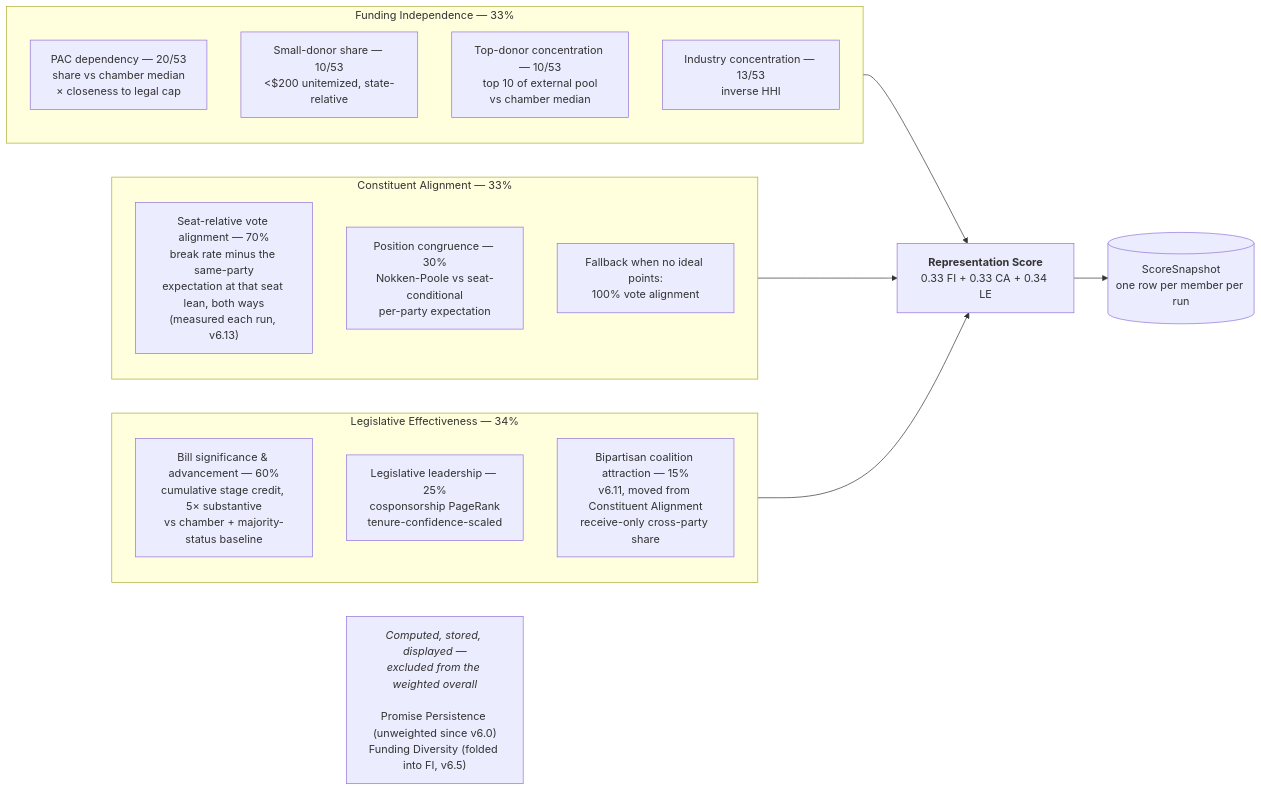
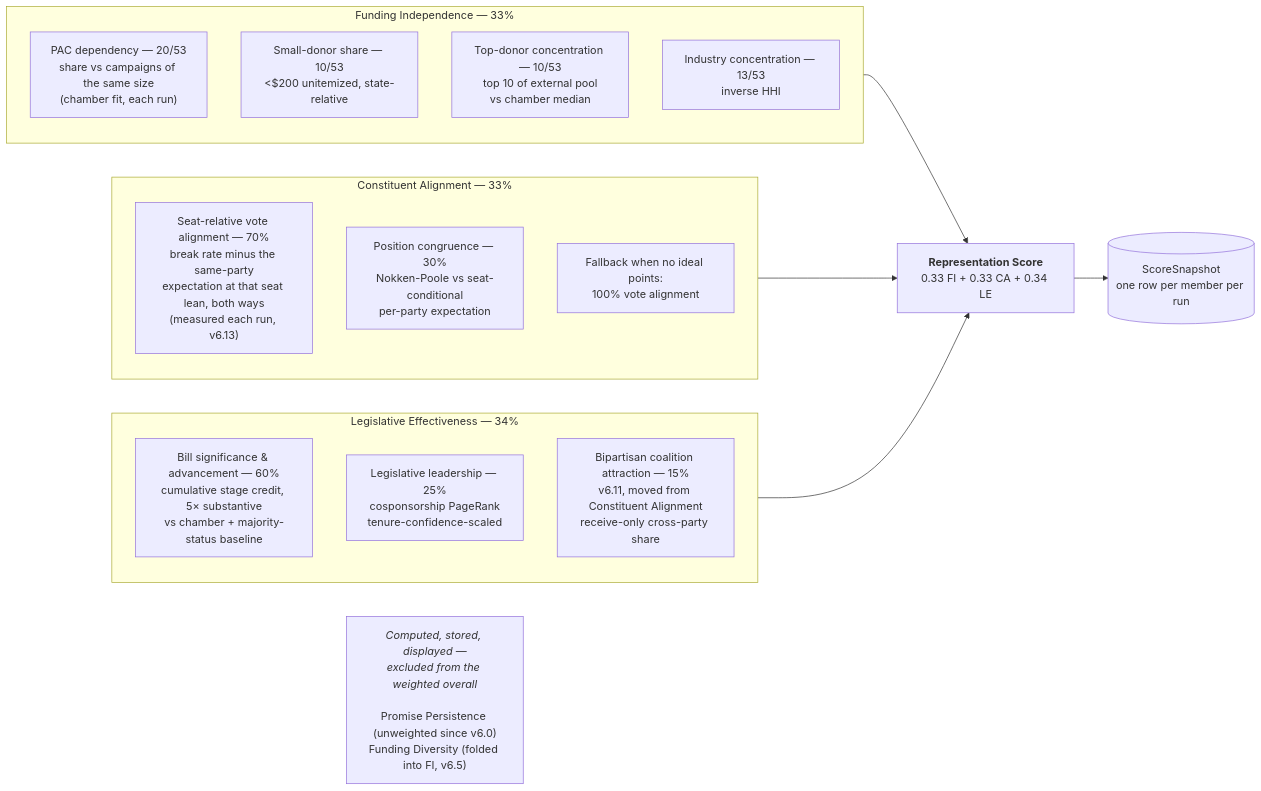
One commit to kamoras/civitas changed the first of 3 diagrams in docs/diagrams/05-scoring.md. Above: the diagram before and after it, drawn with Mermaid. The commit also changed 26 other files, not shown here.

First line of the commit message:
feat(scoring): Funding Independence judges PAC share against campaigns of the same size (v6.22) (#694)

````diff
--- a/docs/diagrams/05-scoring.md
+++ b/docs/diagrams/05-scoring.md
@@ -17,29 +17,29 @@
 ```mermaid
 flowchart LR
     subgraph FI["Funding Independence — 33%"]
-        FI1["PAC dependency — 20/53<br/>share vs chamber median<br/>× closeness to legal cap"]
+        FI1["PAC dependency — 20/53<br/>share vs campaigns of the same size<br/>(chamber fit, each run)"]
         FI2["Small-donor share — 10/53<br/>&lt;$200 unitemized, state-relative"]
         FI3["Top-donor concentration — 10/53<br/>top 10 of external pool<br/>vs chamber median"]
         FI5["Industry concentration — 13/53<br/>inverse HHI"]
     end
 
     subgraph CA["Constituent Alignment — 33%"]
         CA1["Seat-relative vote alignment — 70%<br/>break rate minus the same-party<br/>expectation at that seat lean, both ways<br/>(measured each run, v6.13)"]
         CA2["Position congruence — 30%<br/>Nokken-Poole vs seat-conditional<br/>per-party expectation"]
         CA3["Fallback when no ideal points:<br/>100% vote alignment"]
     end
 
     subgraph LE["Legislative Effectiveness — 34%"]
         LE1["Bill significance &amp; advancement — 60%<br/>cumulative stage credit, 5× substantive<br/>vs chamber + majority-status baseline"]
         LE2["Legislative leadership — 25%<br/>cosponsorship PageRank<br/>tenure-confidence-scaled"]
         LE3["Bipartisan coalition attraction — 15%<br/>v6.11, moved from Constituent Alignment<br/>receive-only cross-party share"]
     end
 
     FI --> OVERALL["<b>Representation Score</b><br/>0.33 FI + 0.33 CA + 0.34 LE"]
     CA --> OVERALL
     LE --> OVERALL
 
     OVERALL --> SNAP[("ScoreSnapshot<br/>one row per member per run")]
 
     UNW["<i>Computed, stored, displayed —<br/>excluded from the weighted overall</i><br/><br/>Promise Persistence (unweighted since v6.0)<br/>Funding Diversity (folded into FI, v6.5)"]
 ```
````
